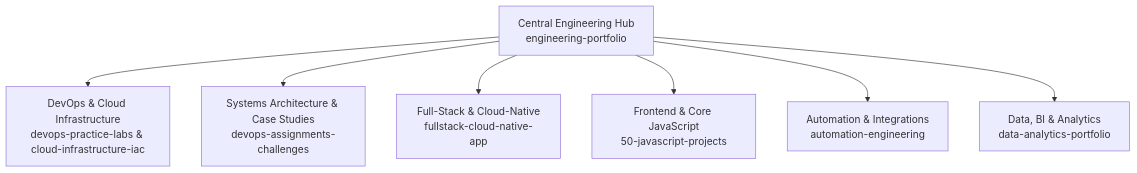
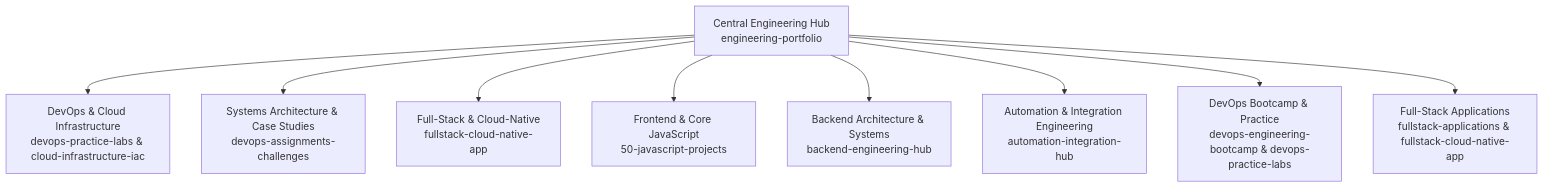
One commit to EmaanHumayun/engineering-portfolio changed the diagram in README.md. Above: the diagram before and after it, drawn with Mermaid.

Commit message:
docs: expand architecture topology diagram to include backend and automation hubs

````diff
--- a/README.md
+++ b/README.md
@@ -15,18 +15,22 @@
 ```mermaid
 flowchart TD
     HUB["Central Engineering Hub<br/>engineering-portfolio"]
 
     D1["DevOps & Cloud Infrastructure<br/>devops-practice-labs & cloud-infrastructure-iac"]
     D2["Systems Architecture & Case Studies<br/>devops-assignments-challenges"]
     D3["Full-Stack & Cloud-Native<br/>fullstack-cloud-native-app"]
     D4["Frontend & Core JavaScript<br/>50-javascript-projects"]
-    D5["Automation & Integrations<br/>automation-engineering"]
-    D6["Data, BI & Analytics<br/>data-analytics-portfolio"]
+    D5["Backend Architecture & Systems<br/>backend-engineering-hub"]
+    D6["Automation & Integration Engineering<br/>automation-integration-hub"]
+    D7["DevOps Bootcamp & Practice<br/>devops-engineering-bootcamp & devops-practice-labs"]
+    D8["Full-Stack Applications<br/>fullstack-applications & fullstack-cloud-native-app"]
 
     HUB --> D1
     HUB --> D2
     HUB --> D3
     HUB --> D4
     HUB --> D5
     HUB --> D6
+    HUB --> D7
+    HUB --> D8
 ```
````
